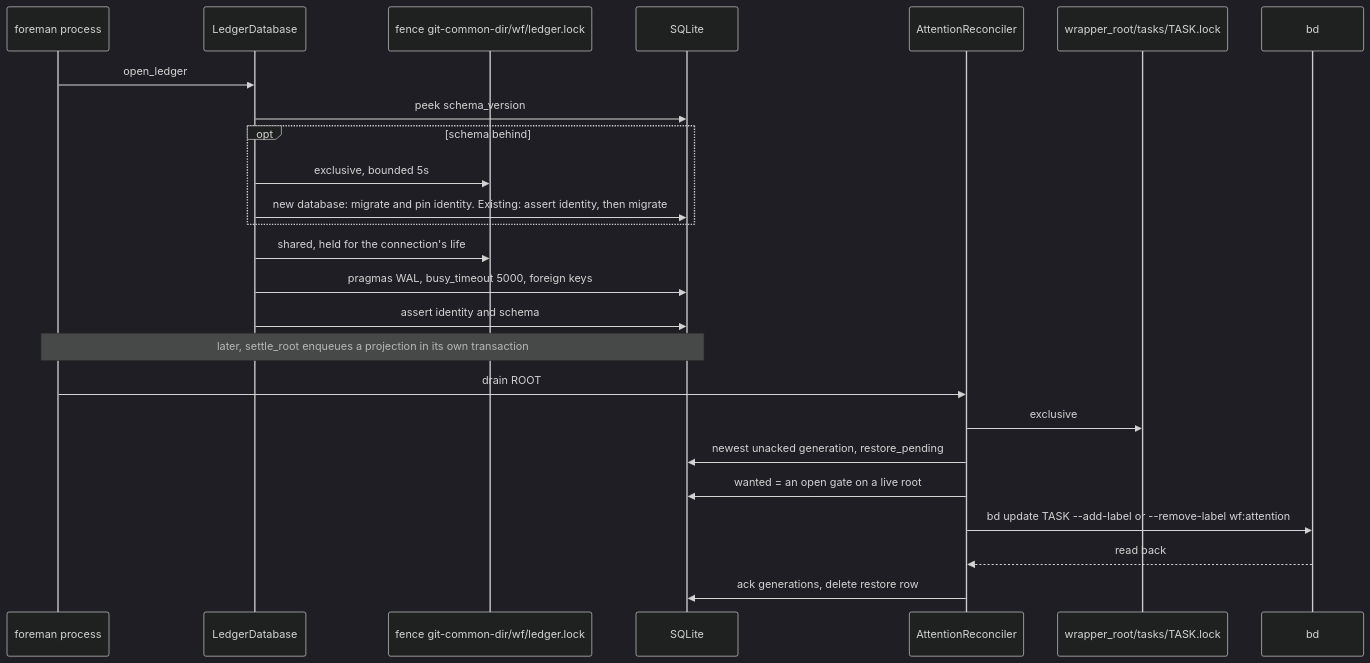
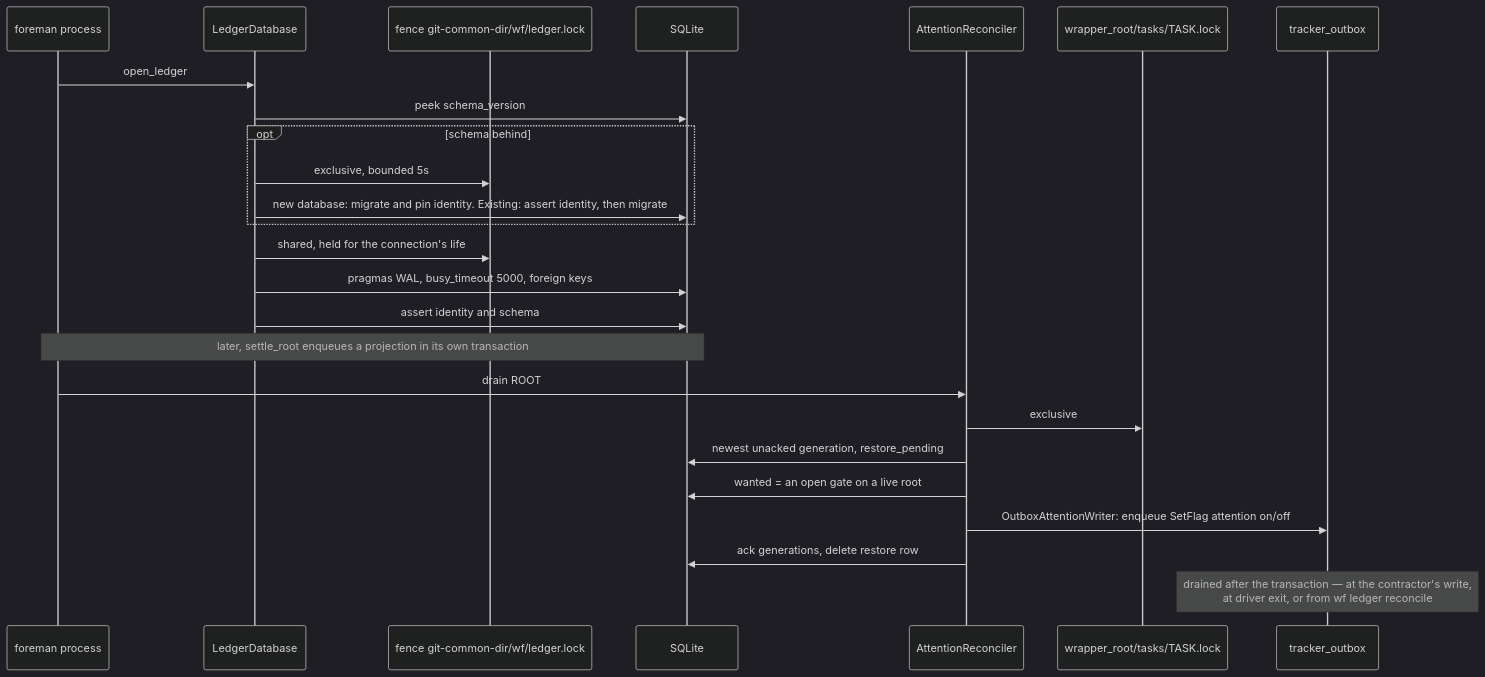
One commit to MVPavan/coding-ritual changed diagram 41 of 45 in docs/workflow-interpreter-guide/diagrams.md. Above: the diagram before and after it, drawn with Mermaid (dark theme). The commit also changed other lines of this file and 7 other files, not shown here.

````diff
--- a/docs/workflow-interpreter-guide/diagrams.md
+++ b/docs/workflow-interpreter-guide/diagrams.md
@@ -1676,27 +1727,27 @@
 ```mermaid
 sequenceDiagram
   participant P as foreman process
   participant LD as LedgerDatabase
   participant F as fence git-common-dir/wf/ledger.lock
   participant DB as SQLite
   participant R as AttentionReconciler
   participant TL as wrapper_root/tasks/TASK.lock
-  participant BD as bd
+  participant OB as tracker_outbox
   P->>LD: open_ledger
   LD->>DB: peek schema_version
   opt schema behind
     LD->>F: exclusive, bounded 5s
     LD->>DB: new database: migrate and pin identity. Existing: assert identity, then migrate
   end
   LD->>F: shared, held for the connection's life
   LD->>DB: pragmas WAL, busy_timeout 5000, foreign keys
   LD->>DB: assert identity and schema
   Note over P,DB: later, settle_root enqueues a projection in its own transaction
   P->>R: drain ROOT
   R->>TL: exclusive
   R->>DB: newest unacked generation, restore_pending
   R->>DB: wanted = an open gate on a live root
-  R->>BD: bd update TASK --add-label or --remove-label wf:attention
-  BD-->>R: read back
+  R->>OB: OutboxAttentionWriter: enqueue SetFlag attention on/off
   R->>DB: ack generations, delete restore row
+  Note over OB: drained after the transaction — at the contractor's write,<br/>at driver exit, or from wf ledger reconcile
 ```
````
